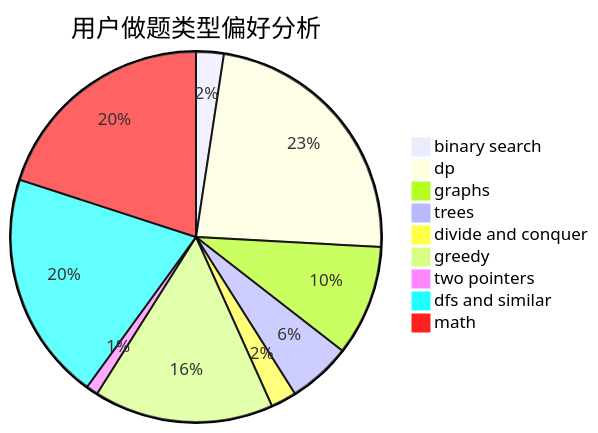
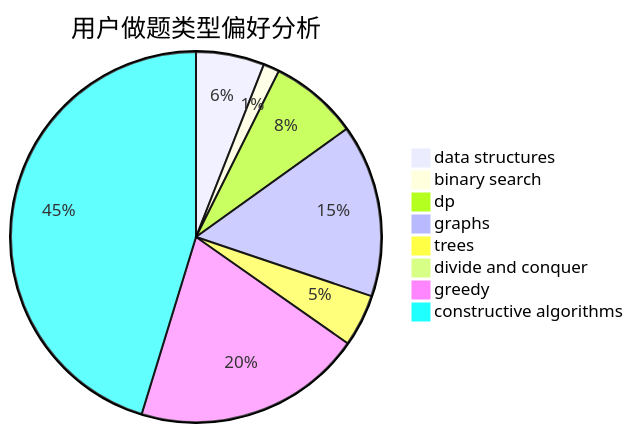
One commit to sherpahu/cfrs.github.io changed the second of 3 diagrams in docs/user/u1596.md. Above: the diagram before and after it, drawn with Mermaid. The commit also changed other lines of this file and 2775 other files, not shown here.

````diff
--- a/docs/user/u1596.md
+++ b/docs/user/u1596.md
@@ -23,12 +23,11 @@
 ```mermaid
 pie title 用户做题类型偏好分析
-    "binary search" :  14
-    "dp" :  136
-    "graphs" :  56
-    "trees" :  32
-    "divide and conquer" :  13
-    "greedy" :  91
-    "two pointers" :  6
-    "dfs and similar" :  116
-    "math" :  116
+    "data structures" :  17
+    "binary search" :  4
+    "dp" :  22
+    "graphs" :  43
+    "trees" :  13
+    "divide and conquer" :  0
+    "greedy" :  57
+    "constructive algorithms" :  129
 ```
````
